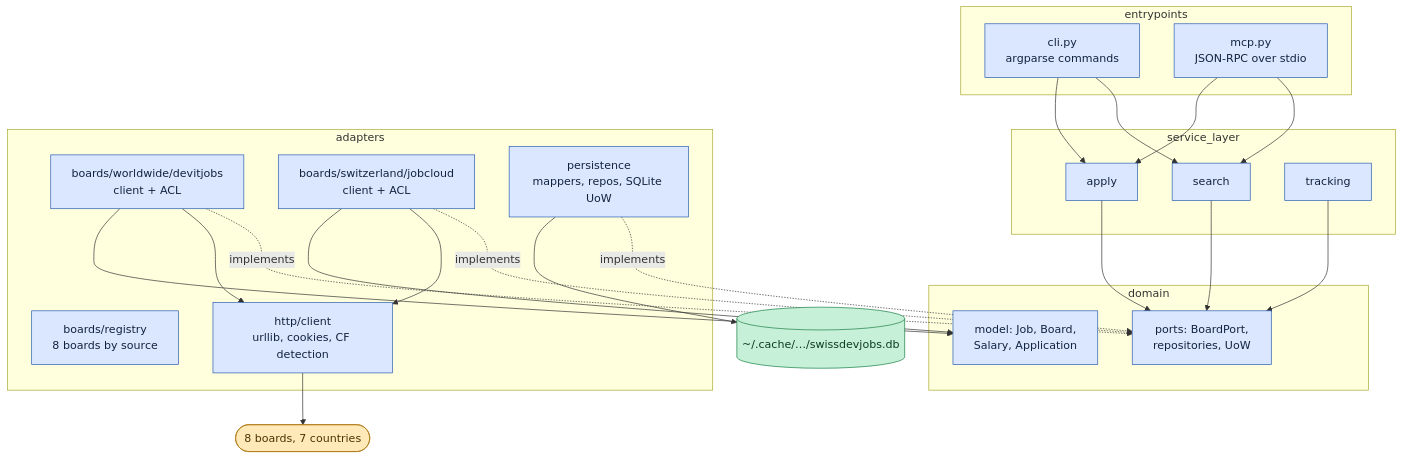
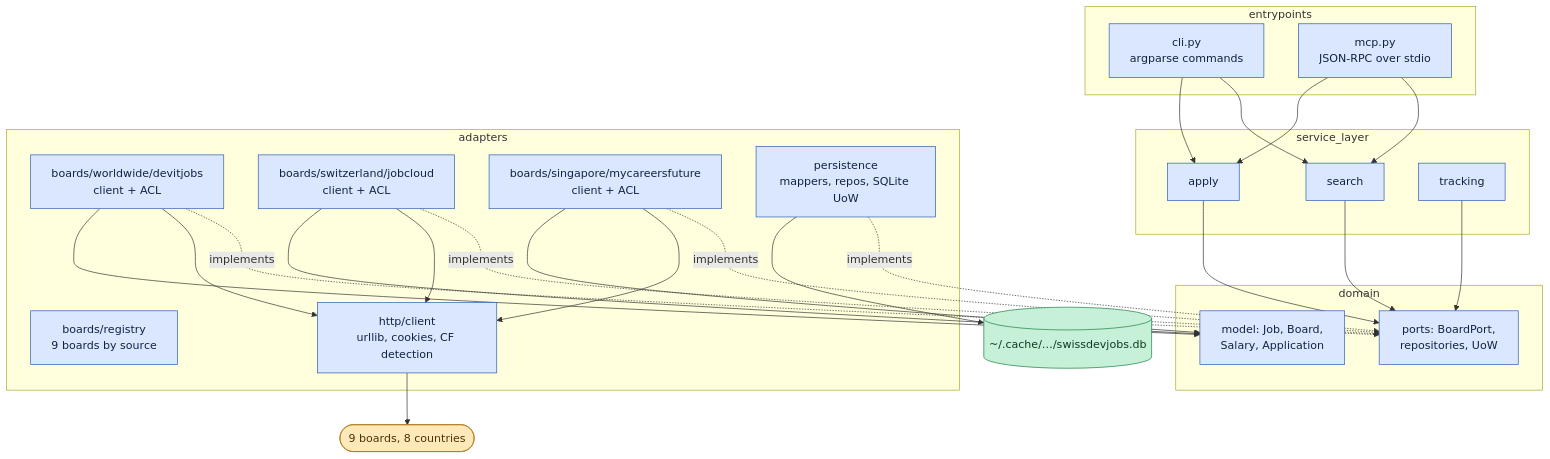
Before and after one commit to Stupidoodle/swissdevjobs-cli: the fifth of 7 diagrams in README.md, drawn with Mermaid. The commit also changed other lines of this file and 3 other files, not shown here.

````diff
--- a/README.md
+++ b/README.md
@@ -636,48 +657,52 @@
 ```mermaid
 flowchart TB
     subgraph EP["entrypoints"]
         CLI["cli.py<br/>argparse commands"]
         MCP["mcp.py<br/>JSON-RPC over stdio"]
     end
     subgraph SL["service_layer"]
         SEARCH["search"]
         APPLY["apply"]
         TRACK["tracking"]
     end
     subgraph AD["adapters"]
-        REG["boards/registry<br/>8 boards by source"]
+        REG["boards/registry<br/>9 boards by source"]
         DEVIT["boards/worldwide/devitjobs<br/>client + ACL"]
         JC["boards/switzerland/jobcloud<br/>client + ACL"]
+        MCF["boards/singapore/mycareersfuture<br/>client + ACL"]
         HTTP["http/client<br/>urllib, cookies, CF detection"]
         PERS["persistence<br/>mappers, repos, SQLite UoW"]
     end
     subgraph DOM["domain"]
         MODEL["model: Job, Board,<br/>Salary, Application"]
         PORTS["ports: BoardPort,<br/>repositories, UoW"]
     end
 
     CLI --> SEARCH
     MCP --> SEARCH
     CLI --> APPLY
     MCP --> APPLY
     SEARCH --> PORTS
     APPLY --> PORTS
     TRACK --> PORTS
     DEVIT -.implements.-> PORTS
     JC -.implements.-> PORTS
+    MCF -.implements.-> PORTS
     PERS -.implements.-> PORTS
     DEVIT --> HTTP
     JC --> HTTP
+    MCF --> HTTP
     DEVIT --> MODEL
     JC --> MODEL
+    MCF --> MODEL
     PERS --> SQL[("~/.cache/…/swissdevjobs.db")]
-    HTTP --> NET(["8 boards, 7 countries"])
+    HTTP --> NET(["9 boards, 8 countries"])
 
     classDef mod fill:#dbe7ff,stroke:#2a5db0,color:#12233f
     classDef ext fill:#ffe9b8,stroke:#b07d1a,color:#4a3308
     classDef store fill:#c7f0d8,stroke:#1a7f45,color:#0b3d22
 
-    class CLI,MCP,SEARCH,APPLY,TRACK,REG,DEVIT,JC,HTTP,PERS,MODEL,PORTS mod
+    class CLI,MCP,SEARCH,APPLY,TRACK,REG,DEVIT,JC,MCF,HTTP,PERS,MODEL,PORTS mod
     class NET ext
     class SQL store
 ```
````
